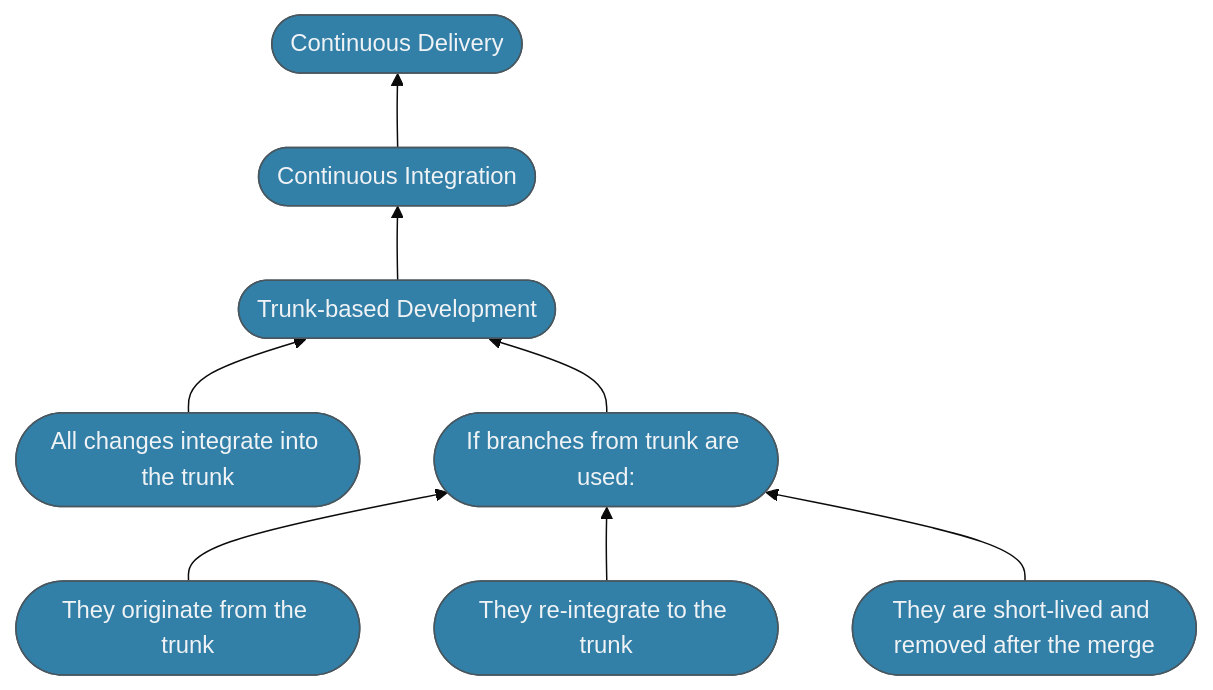
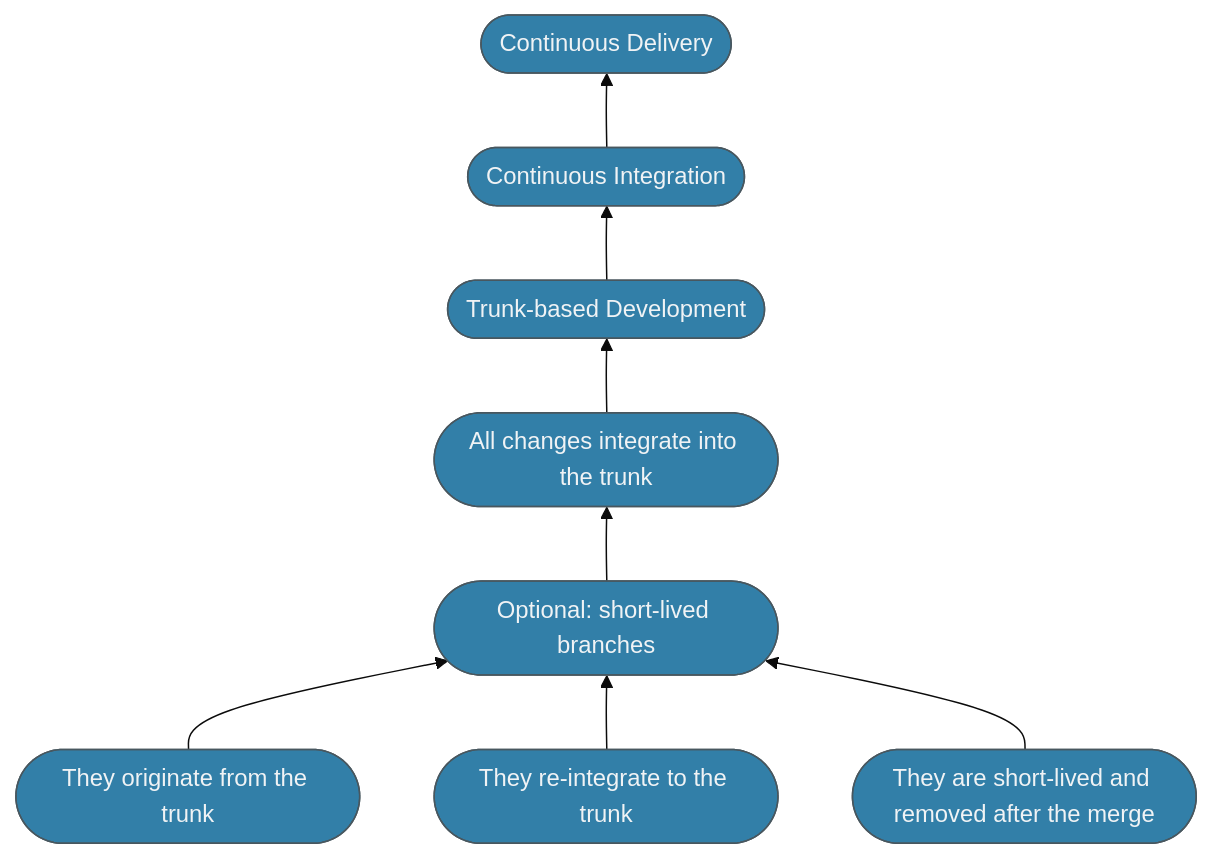
The diagram in content/Continuous Delivery/minimumCd.md (devopsdojoconsortium/website), drawn with Mermaid before and after one commit.

````diff
--- a/content/Continuous Delivery/minimumCd.md
+++ b/content/Continuous Delivery/minimumCd.md
@@ -9,12 +9,12 @@
 ```mermaid
 %%{init: {'securityLevel': 'loose', 'theme': 'base', 'themeVariables': { 'primaryColor': '#327fa8', 'primaryTextColor': '#f0f3f5'}}}%%
 graph BT
 TBD([Trunk-based Development])-->CI
 CI([Continuous Integration])-->CD([Continuous Delivery])
 DTT([All changes integrate into the trunk])-->TBD
-SLFB([If branches from trunk are used:])-->TBD
+SLFB([Optional: short-lived branches])-->DTT
 A([They originate from the trunk])-->SLFB
 B([They re-integrate to the trunk])-->SLFB
 C([They are short-lived and removed after the merge])-->SLFB
 
 ```
````
